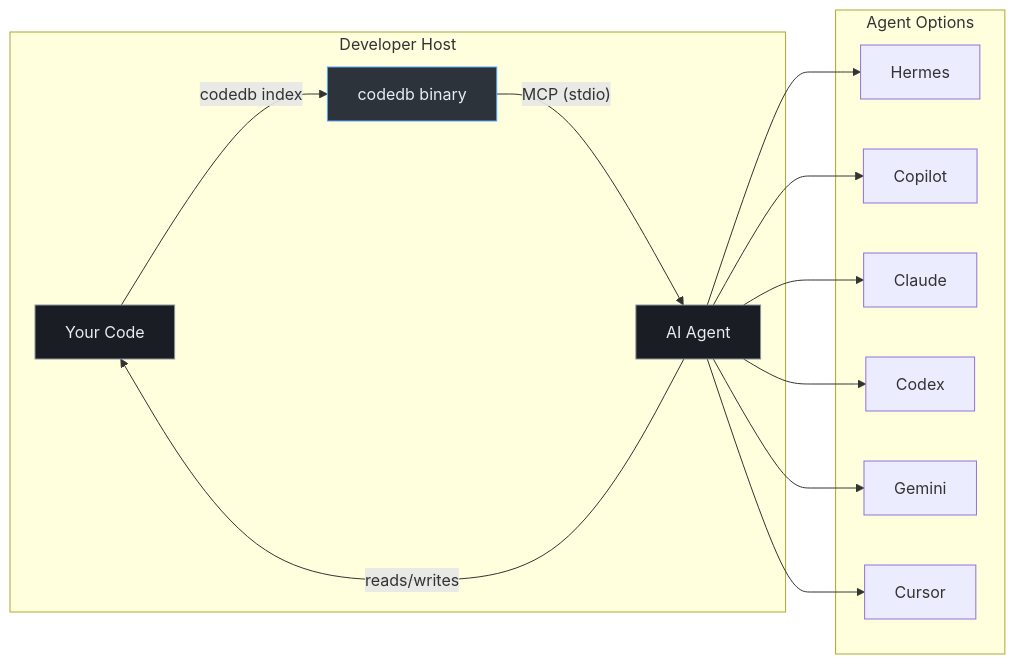
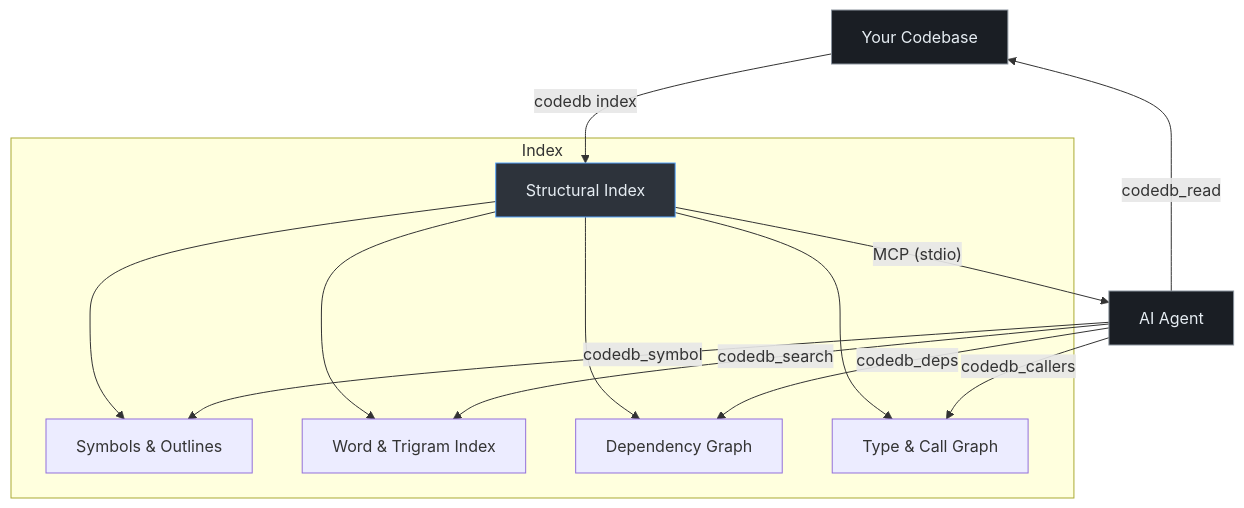
One commit to jwvolschenk/codedb changed the diagram in README.md. Above: the diagram before and after it, drawn with Mermaid. The commit also changed other lines of this file, not shown here.

Commit message:
README: rewrite How It Works — structural index, agent workflows, dependency graphs

````diff
--- a/README.md
+++ b/README.md
@@ -35,21 +100,23 @@
 ```mermaid
-flowchart LR
-    subgraph "Developer Host"
-        A["Your Code"] -->|"codedb index"| B["codedb binary"]
-        B -->|"MCP (stdio)"| C["AI Agent"]
-        C -->|"reads/writes"| A
+flowchart TD
+    A["Your Codebase"] -->|"codedb index"| B["Structural Index"]
+
+    subgraph "Index"
+        B --> C["Symbols & Outlines"]
+        B --> D["Word & Trigram Index"]
+        B --> E["Dependency Graph"]
+        B --> F["Type & Call Graph"]
     end
 
-    subgraph "Agent Options"
-        C --> D["Hermes"]
-        C --> E["Copilot"]
-        C --> F["Claude"]
-        C --> G["Codex"]
-        C --> H["Gemini"]
-        C --> I["Cursor"]
-    end
+    B -->|"MCP (stdio)"| G["AI Agent"]
+
+    G -->|"codedb_symbol"| C
+    G -->|"codedb_search"| D
+    G -->|"codedb_deps"| E
+    G -->|"codedb_callers"| F
+    G -->|"codedb_read"| A
 
     style B fill:#2d333b,stroke:#58a6ff,color:#e6edf3
     style A fill:#1a1e24,stroke:#8b949e,color:#e6edf3
-    style C fill:#1a1e24,stroke:#8b949e,color:#e6edf3
+    style G fill:#1a1e24,stroke:#8b949e,color:#e6edf3
 ```
````
